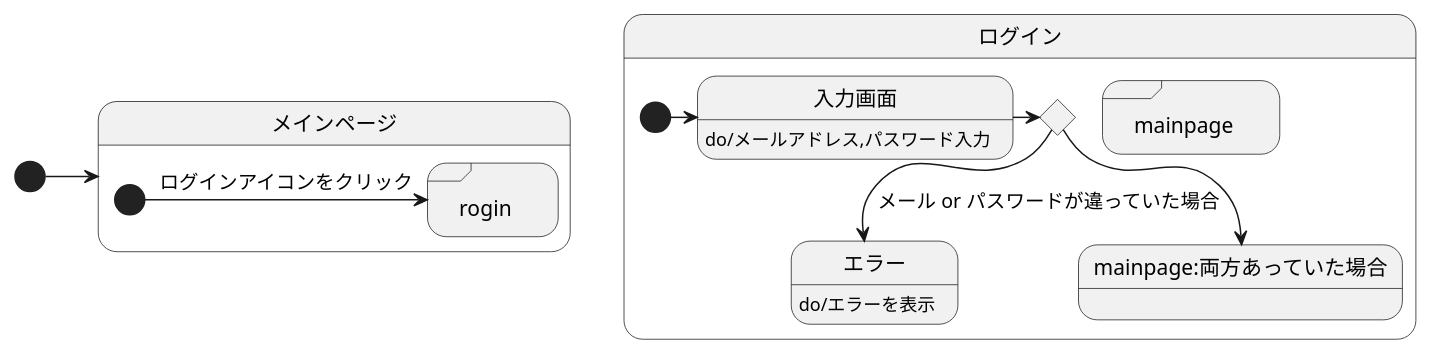
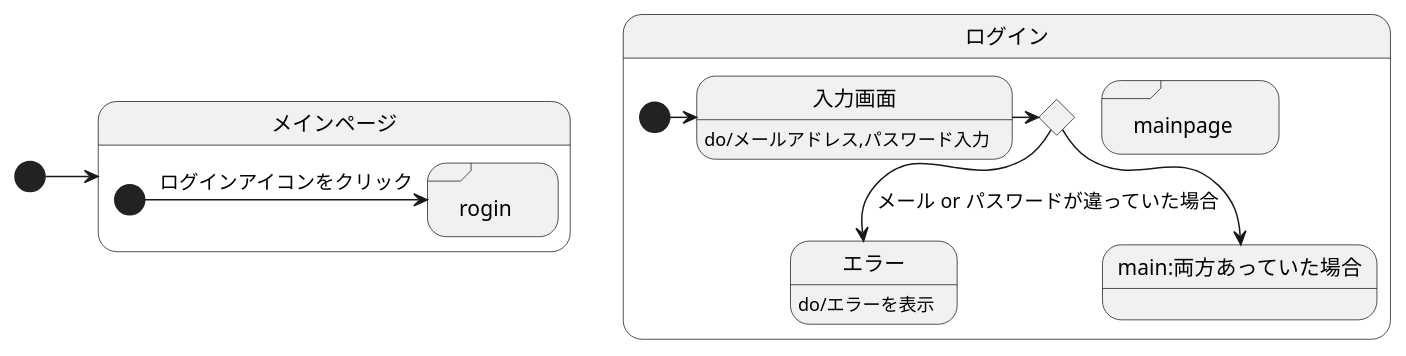
One commit to akutori/T-D-E changed the diagram in UML.md. Above: the diagram before and after it, drawn with PlantUML.

````diff
--- a/UML.md
+++ b/UML.md
@@ -1,23 +1,23 @@
 ```uml
 @startuml
 [*]->メインページ
 state メインページ{
 state "rogin" <<sdlreceive>> 
 state rogin
     [*]-> rogin : ログインアイコンをクリック
 }
 
 
 state ログイン{
 state input <<choice>>
 state "mainpage" as main <<sdlreceive>>
 入力画面:do/メールアドレス,パスワード入力
 エラー:do/エラーを表示
     [*]-> 入力画面
     入力画面->input
 
     input -->エラー:メール or パスワードが違っていた場合
-    input --> mainpage:両方あっていた場合
+    input --> main:両方あっていた場合
 }
 @enduml
 ```
````
